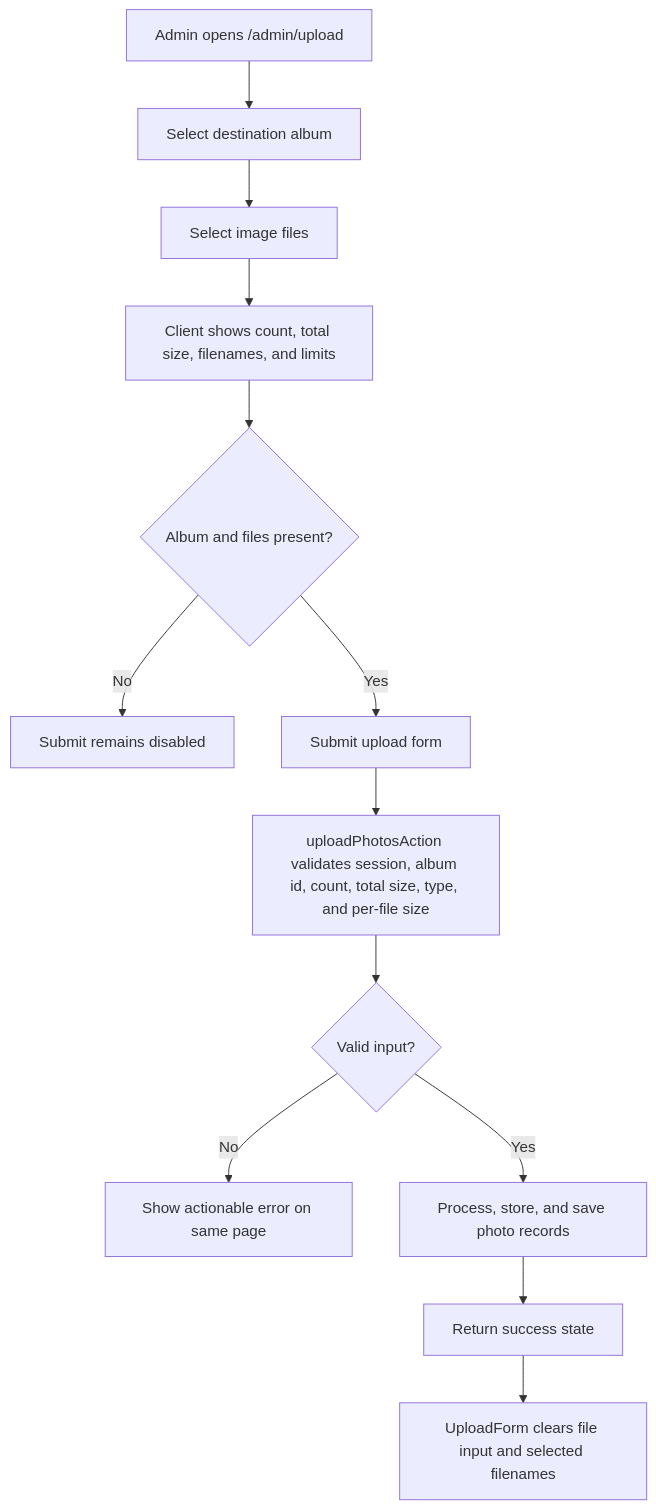
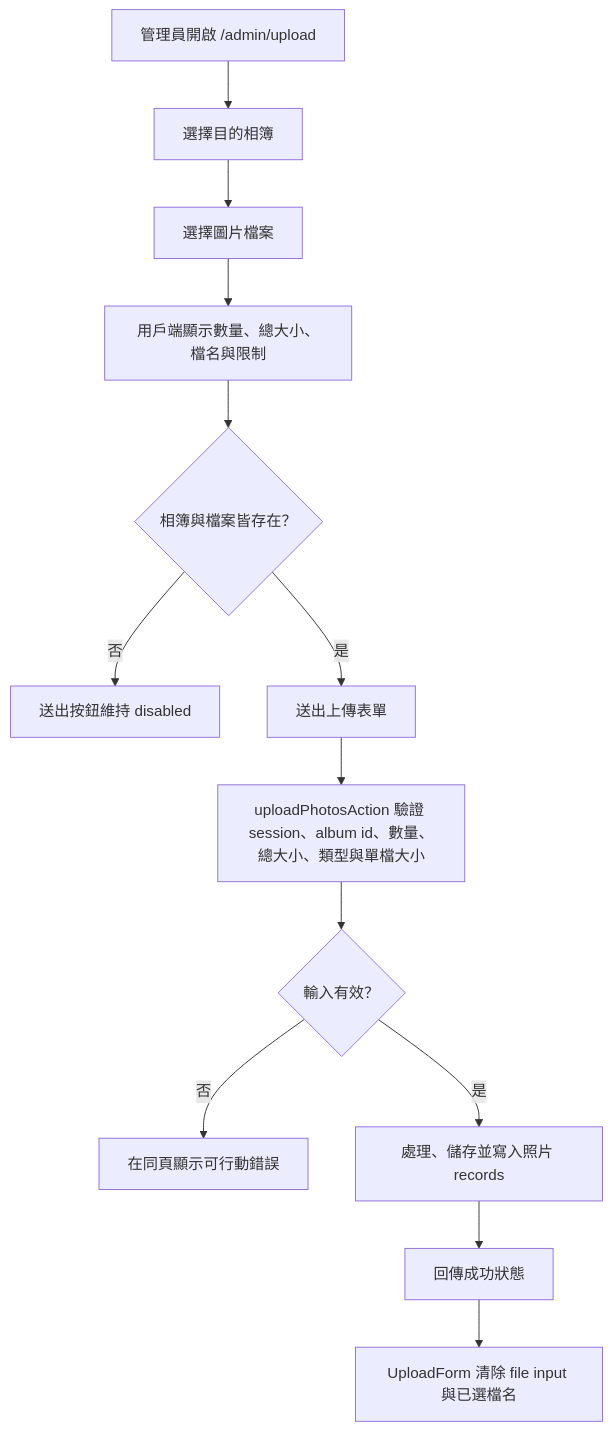
The second of 4 diagrams in docs/superpowers/plans/2026-04-13-admin-multipage-photo-management-implementation-plan.md (summer51202/expose), drawn with Mermaid before and after one commit. The commit also changed other lines of this file and 1 other file, not shown here.

Commit message:
docs: sync admin upload batch plans

````diff
--- a/docs/superpowers/plans/2026-04-13-admin-multipage-photo-management-implementation-plan.md
+++ b/docs/superpowers/plans/2026-04-13-admin-multipage-photo-management-implementation-plan.md
@@ -100,22 +100,22 @@
 ```mermaid
 flowchart TD
-  start[Admin opens /admin/upload]
-  album[Select destination album]
-  files[Select image files]
-  summary[Client shows count, total size, filenames, and limits]
-  enabled{Album and files present?}
-  disabled[Submit remains disabled]
-  submit[Submit upload form]
-  validate[uploadPhotosAction validates session, album id, count, total size, type, and per-file size]
-  valid{Valid input?}
-  error[Show actionable error on same page]
-  process[Process, store, and save photo records]
-  success[Return success state]
-  reset[UploadForm clears file input and selected filenames]
+  start[管理員開啟 /admin/upload]
+  album[選擇目的相簿]
+  files[選擇圖片檔案]
+  summary[用戶端顯示數量、總大小、檔名與限制]
+  enabled{相簿與檔案皆存在？}
+  disabled[送出按鈕維持 disabled]
+  submit[送出上傳表單]
+  validate[uploadPhotosAction 驗證 session、album id、數量、總大小、類型與單檔大小]
+  valid{輸入有效？}
+  error[在同頁顯示可行動錯誤]
+  process[處理、儲存並寫入照片 records]
+  success[回傳成功狀態]
+  reset[UploadForm 清除 file input 與已選檔名]
 
   start --> album --> files --> summary --> enabled
-  enabled -- No --> disabled
-  enabled -- Yes --> submit --> validate --> valid
-  valid -- No --> error
-  valid -- Yes --> process --> success --> reset
+  enabled -- 否 --> disabled
+  enabled -- 是 --> submit --> validate --> valid
+  valid -- 否 --> error
+  valid -- 是 --> process --> success --> reset
 ```
````
